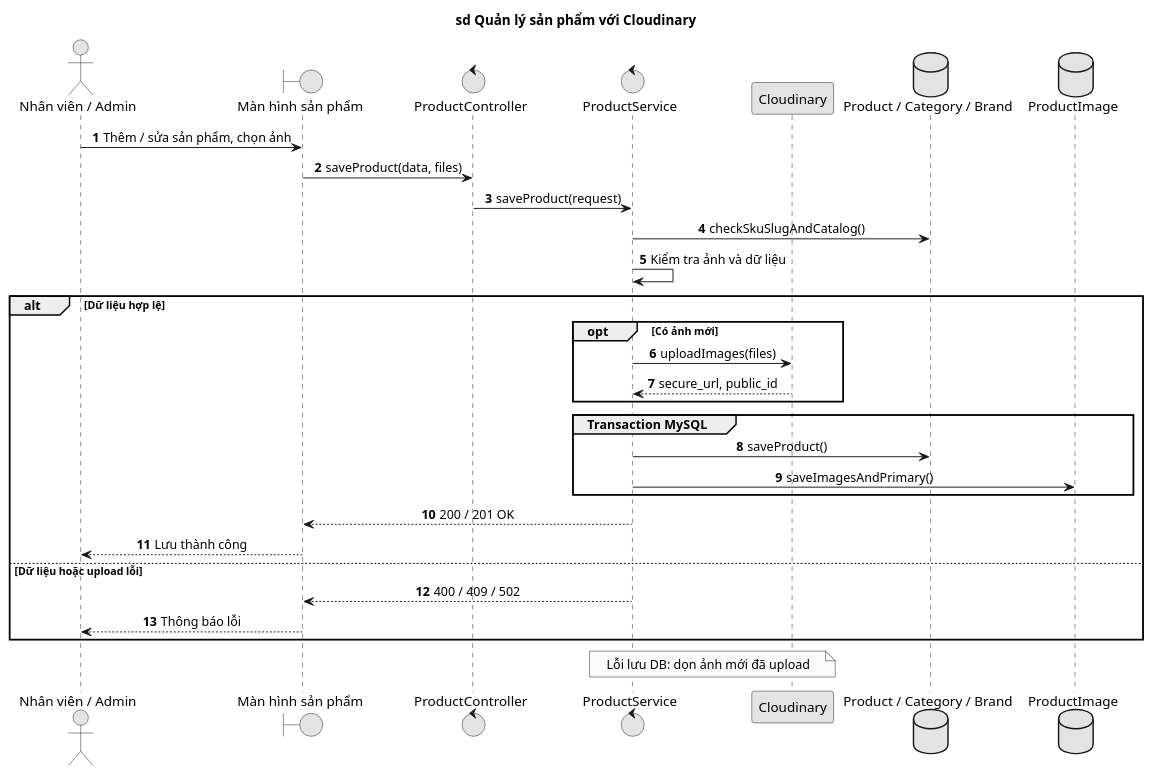
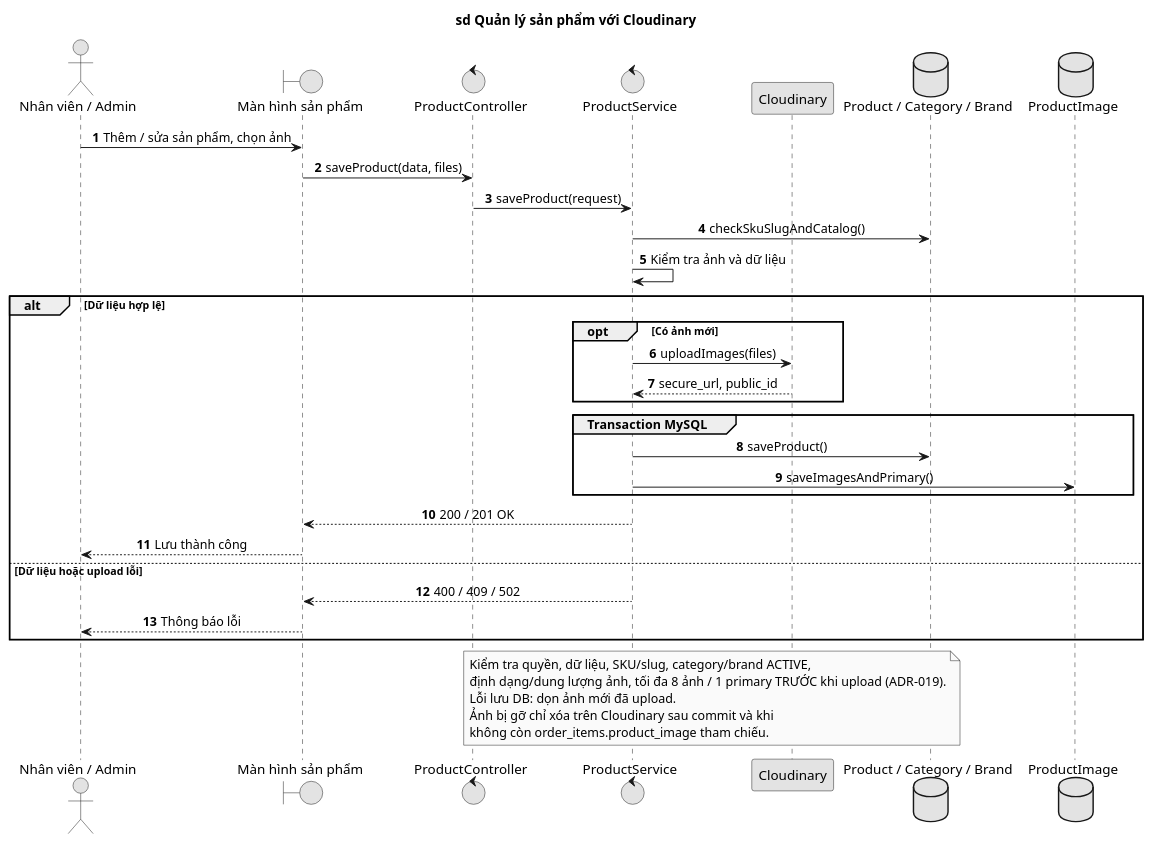
One commit to DuyPhan11/tech-store changed the diagram in docs/diagrams/sequence/UC11-admin-products.puml. Above: the diagram before and after it, drawn with PlantUML. The commit also changed 32 other files, not shown here.

```diff
--- a/docs/diagrams/sequence/UC11-admin-products.puml
+++ b/docs/diagrams/sequence/UC11-admin-products.puml
@@ -1,35 +1,41 @@
 @startuml
 autonumber
 skinparam monochrome true
 skinparam shadowing false
 skinparam sequenceMessageAlign center
 title sd Quản lý sản phẩm với Cloudinary
 actor "Nhân viên / Admin" as U
 boundary "Màn hình sản phẩm" as UI
 control "ProductController" as C
 control "ProductService" as S
 participant "Cloudinary" as Cloud
 database "Product / Category / Brand" as Products
 database "ProductImage" as Images
 U -> UI: Thêm / sửa sản phẩm, chọn ảnh
 UI -> C: saveProduct(data, files)
 C -> S: saveProduct(request)
 S -> Products: checkSkuSlugAndCatalog()
 S -> S: Kiểm tra ảnh và dữ liệu
 alt Dữ liệu hợp lệ
     opt Có ảnh mới
         S -> Cloud: uploadImages(files)
         Cloud --> S: secure_url, public_id
     end
     group Transaction MySQL
         S -> Products: saveProduct()
         S -> Images: saveImagesAndPrimary()
     end
     S --> UI: 200 / 201 OK
     UI --> U: Lưu thành công
 else Dữ liệu hoặc upload lỗi
     S --> UI: 400 / 409 / 502
     UI --> U: Thông báo lỗi
 end
-note over S,Cloud: Lỗi lưu DB: dọn ảnh mới đã upload
+note over S,Cloud
+  Kiểm tra quyền, dữ liệu, SKU/slug, category/brand ACTIVE,
+  định dạng/dung lượng ảnh, tối đa 8 ảnh / 1 primary TRƯỚC khi upload (ADR-019).
+  Lỗi lưu DB: dọn ảnh mới đã upload.
+  Ảnh bị gỡ chỉ xóa trên Cloudinary sau commit và khi
+  không còn order_items.product_image tham chiếu.
+end note
 @enduml
```
